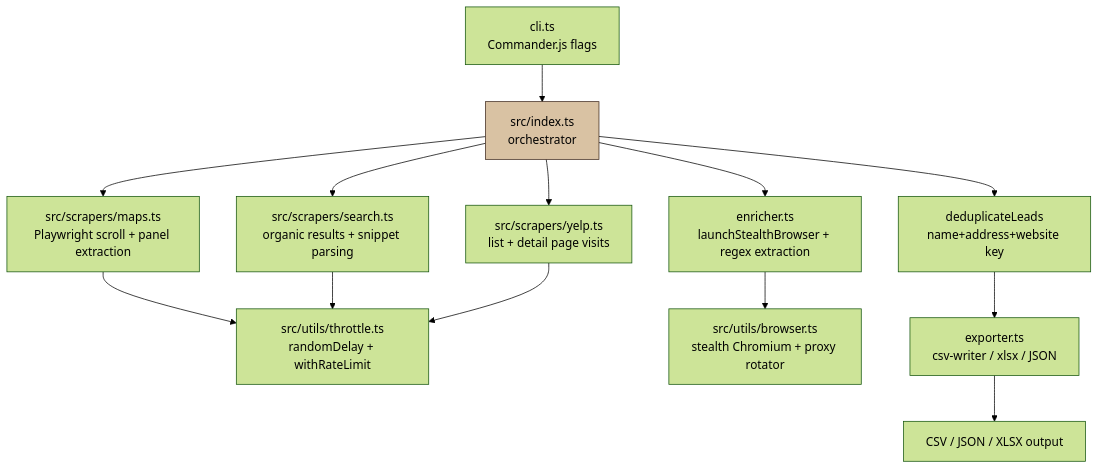
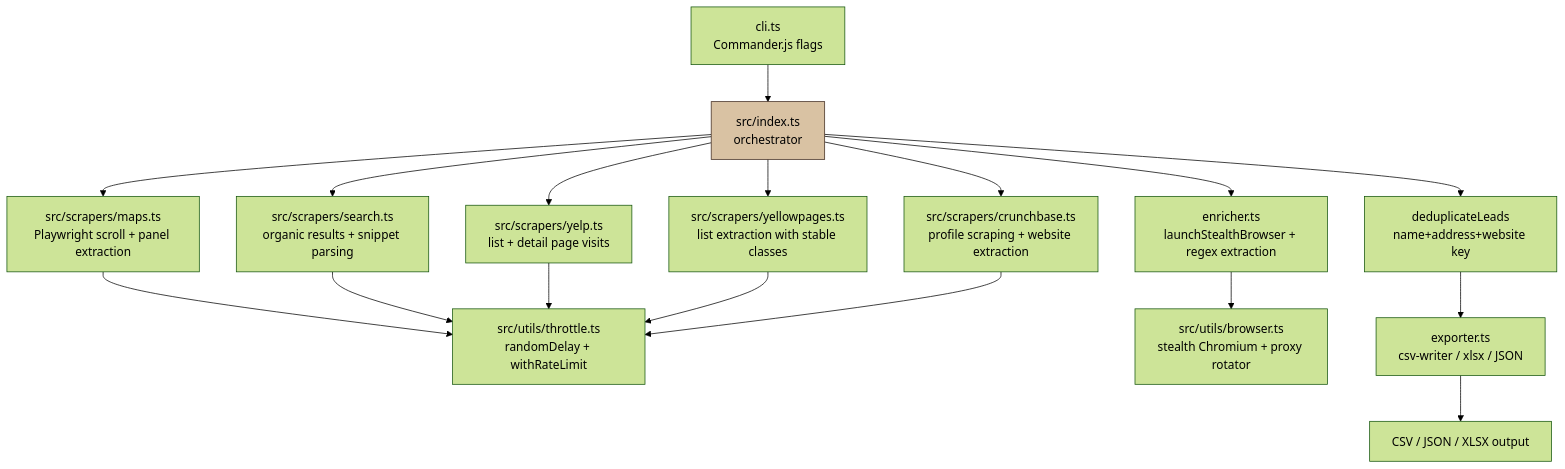
One commit to ajendras/lead-mine changed the diagram in README.md. Above: the diagram before and after it, drawn with Mermaid (forest theme). The commit also changed other lines of this file and 7 other files, not shown here.

Commit message:
feat(scrapers): add YellowPages and Crunchbase directory scrapers

````diff
--- a/README.md
+++ b/README.md
@@ -231,14 +244,16 @@
 ```mermaid
 flowchart TD
     CLI[cli.ts<br>Commander.js flags] --> Index[src/index.ts<br>orchestrator]
     Index --> Maps[src/scrapers/maps.ts<br>Playwright scroll + panel extraction]
     Index --> Search[src/scrapers/search.ts<br>organic results + snippet parsing]
     Index --> Yelp[src/scrapers/yelp.ts<br>list + detail page visits]
-    Maps & Search & Yelp --> Throttle[src/utils/throttle.ts<br>randomDelay + withRateLimit]
+    Index --> YellowPages[src/scrapers/yellowpages.ts<br>list extraction with stable classes]
+    Index --> Crunchbase[src/scrapers/crunchbase.ts<br>profile scraping + website extraction]
+    Maps & Search & Yelp & YellowPages & Crunchbase --> Throttle[src/utils/throttle.ts<br>randomDelay + withRateLimit]
     Index --> Enrich[enricher.ts<br>launchStealthBrowser + regex extraction]
     Enrich --> Browser[src/utils/browser.ts<br>stealth Chromium + proxy rotator]
     Index --> Dedup[deduplicateLeads<br>name+address+website key]
     Dedup --> Export[exporter.ts<br>csv-writer / xlsx / JSON]
     Export --> FS[CSV / JSON / XLSX output]
     style Index fill:#d9c2a3,stroke:#3f2a1e
 ```
````
